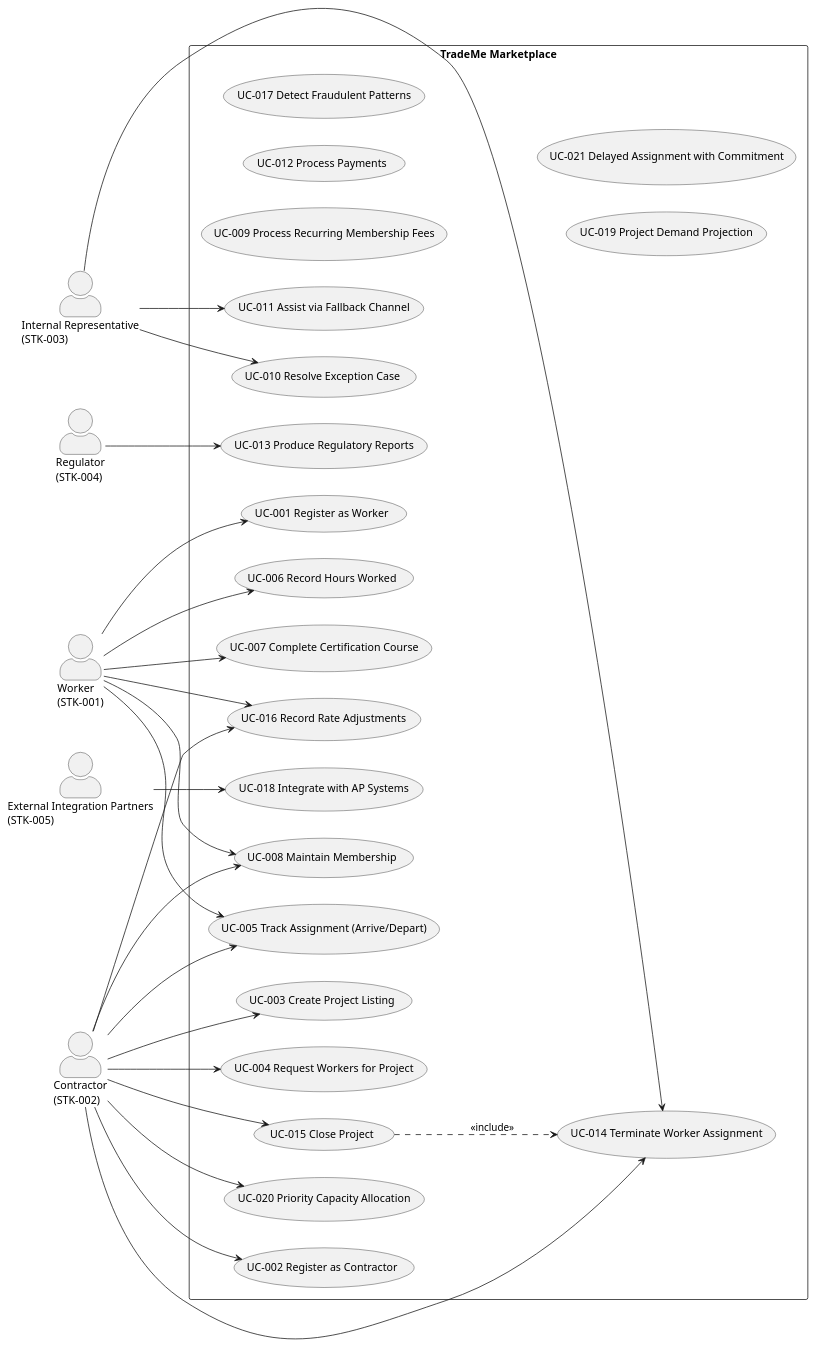
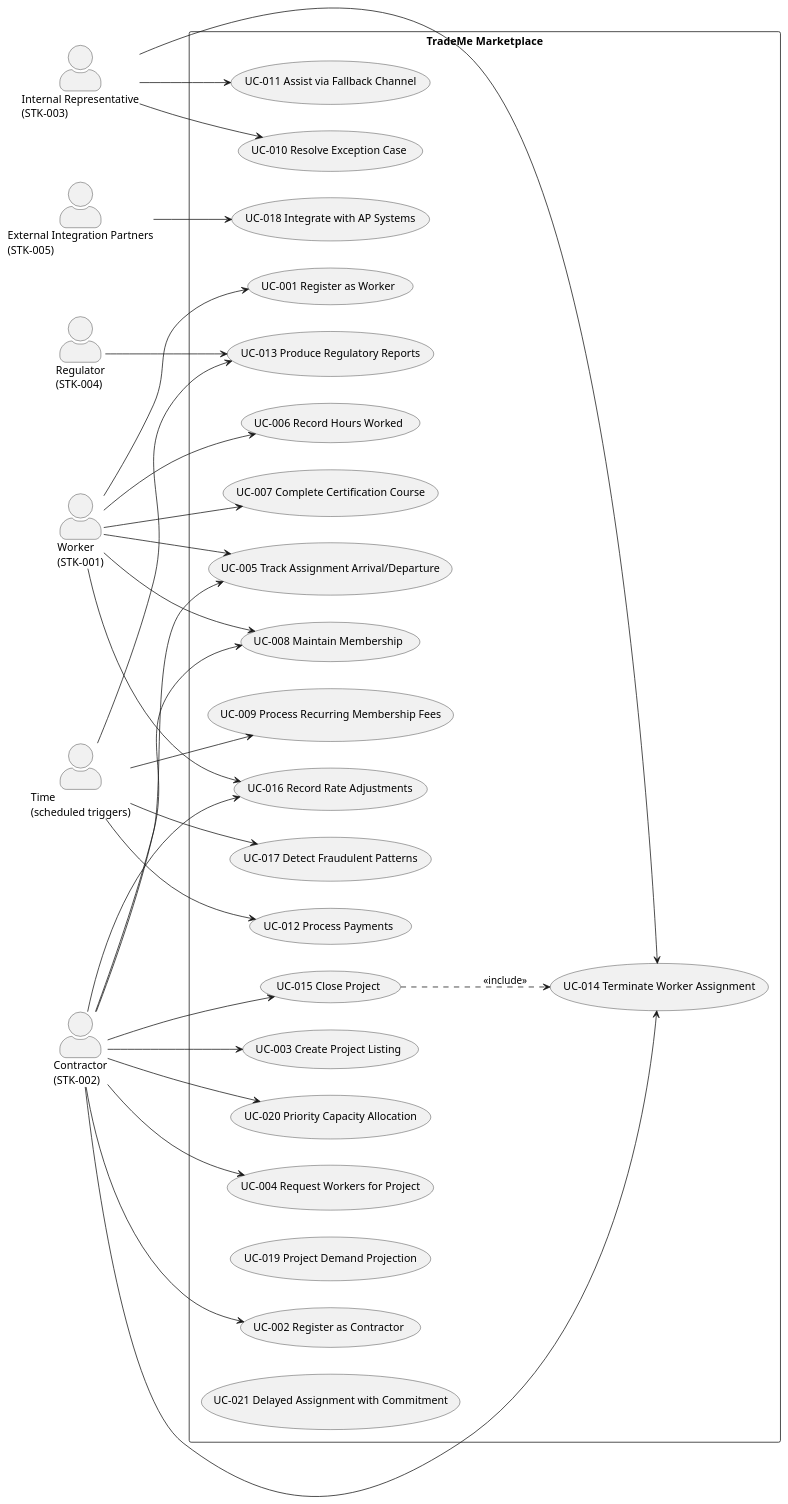
The diagram in docs/artifacts/requirements/vision.md (banense-test/trademe), drawn with PlantUML before and after one commit.

Commit message:
System Analyst [I2]: upsert Vision
[skip ci]

````diff
--- a/docs/artifacts/requirements/vision.md
+++ b/docs/artifacts/requirements/vision.md
@@ -59,60 +59,65 @@
 ```plantuml
 @startuml
 left to right direction
 skinparam packageStyle rectangle
 skinparam actorStyle awesome
 
 actor "Worker\n(STK-001)" as Worker
 actor "Contractor\n(STK-002)" as Contractor
 actor "Internal Representative\n(STK-003)" as Rep
 actor "Regulator\n(STK-004)" as Regulator
 actor "External Integration Partners\n(STK-005)" as Ext
+actor "Time\n(scheduled triggers)" as Time
 
 rectangle "TradeMe Marketplace" {
   usecase "UC-001 Register as Worker" as UC1
   usecase "UC-002 Register as Contractor" as UC2
   usecase "UC-003 Create Project Listing" as UC3
   usecase "UC-004 Request Workers for Project" as UC4
-  usecase "UC-005 Track Assignment (Arrive/Depart)" as UC5
+  usecase "UC-005 Track Assignment Arrival/Departure" as UC5
   usecase "UC-006 Record Hours Worked" as UC6
   usecase "UC-007 Complete Certification Course" as UC7
   usecase "UC-008 Maintain Membership" as UC8
   usecase "UC-009 Process Recurring Membership Fees" as UC9
   usecase "UC-010 Resolve Exception Case" as UC10
   usecase "UC-011 Assist via Fallback Channel" as UC11
   usecase "UC-012 Process Payments" as UC12
   usecase "UC-013 Produce Regulatory Reports" as UC13
   usecase "UC-014 Terminate Worker Assignment" as UC14
   usecase "UC-015 Close Project" as UC15
   usecase "UC-016 Record Rate Adjustments" as UC16
   usecase "UC-017 Detect Fraudulent Patterns" as UC17
   usecase "UC-018 Integrate with AP Systems" as UC18
   usecase "UC-019 Project Demand Projection" as UC19
   usecase "UC-020 Priority Capacity Allocation" as UC20
   usecase "UC-021 Delayed Assignment with Commitment" as UC21
 }
 
 Worker --> UC1
 Worker --> UC5
 Worker --> UC6
 Worker --> UC7
 Worker --> UC8
 Worker --> UC16
 Contractor --> UC2
 Contractor --> UC3
 Contractor --> UC4
 Contractor --> UC5
 Contractor --> UC8
 Contractor --> UC14
 Contractor --> UC15
 Contractor --> UC16
 Contractor --> UC20
 Rep --> UC10
 Rep --> UC11
 Rep --> UC14
 Regulator --> UC13
 Ext --> UC18
+Time --> UC9
+Time --> UC12
+Time --> UC13
+Time --> UC17
 
 UC15 ..> UC14 : <<include>>
 @enduml
 ```
````
